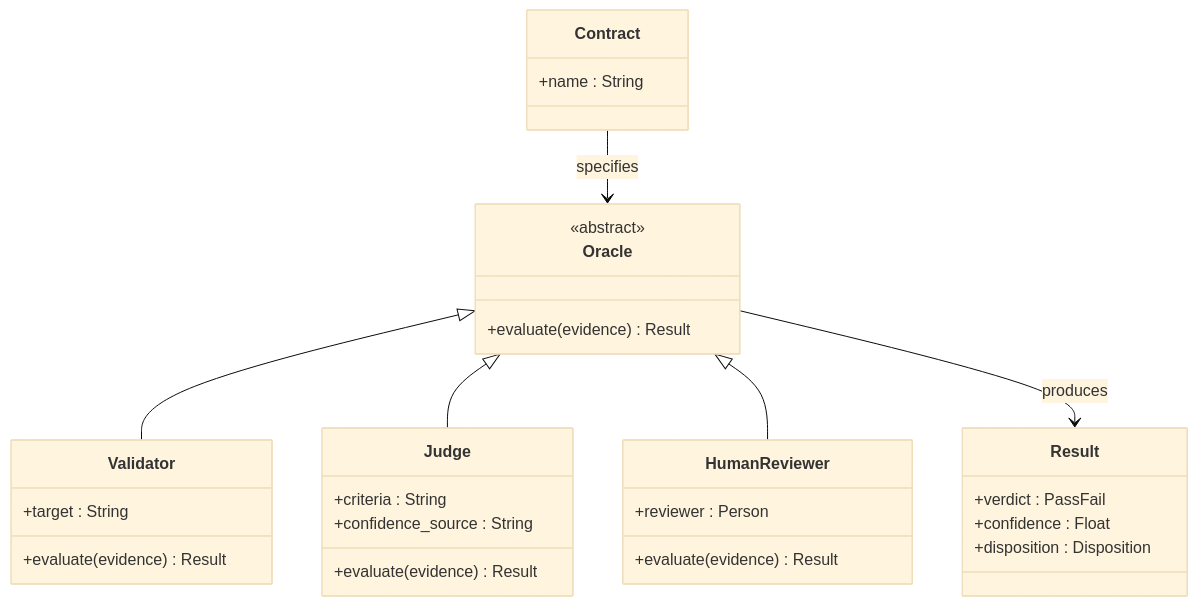
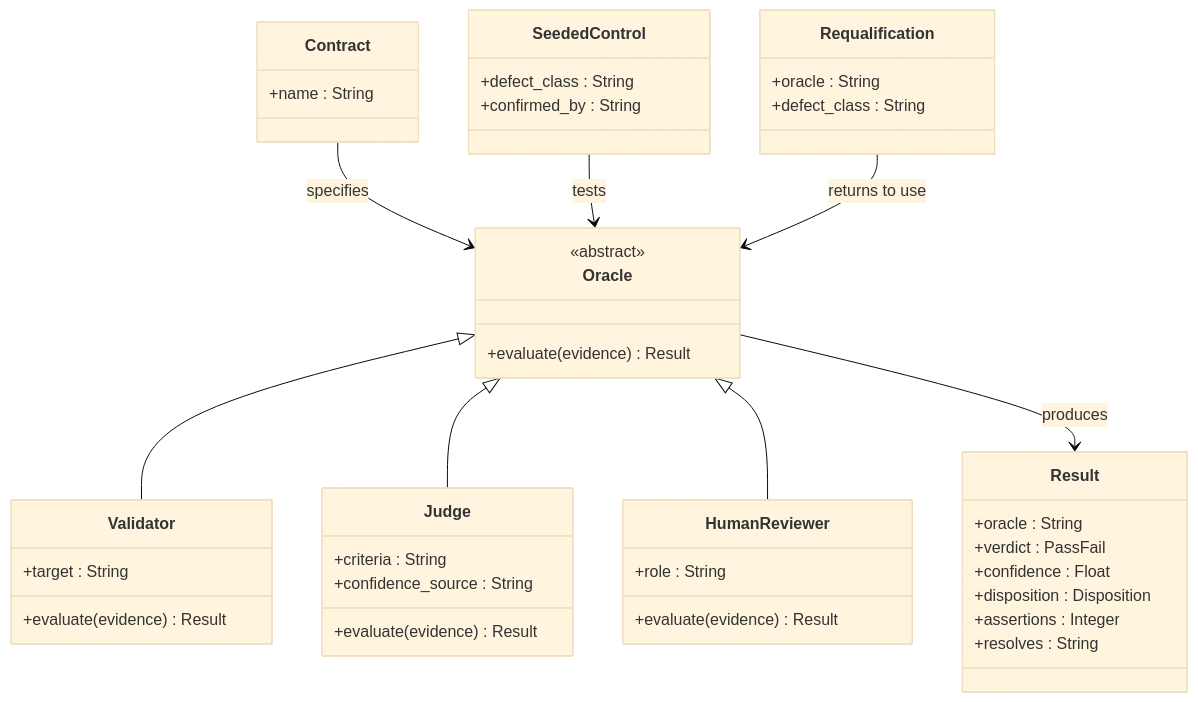
Before and after one commit to igorakymenko-create/AQEF: the second of 8 diagrams in appendices/appendix-e-uml-diagrams.md, drawn with Mermaid (base theme). The commit also changed other lines of this file and 6 other files, not shown here.

````diff
--- a/appendices/appendix-e-uml-diagrams.md
+++ b/appendices/appendix-e-uml-diagrams.md
@@ -56,32 +122,47 @@
 ```mermaid
 classDiagram
     class Oracle {
         <<abstract>>
         +evaluate(evidence) Result
     }
     class Validator {
         +target : String
         +evaluate(evidence) Result
     }
     class Judge {
         +criteria : String
         +confidence_source : String
         +evaluate(evidence) Result
     }
     class HumanReviewer {
-        +reviewer : Person
+        +role : String
         +evaluate(evidence) Result
     }
     class Result {
+        +oracle : String
         +verdict : PassFail
         +confidence : Float
         +disposition : Disposition
+        +assertions : Integer
+        +resolves : String
     }
-    class Contract { +name : String }
+    class Contract {
+        +name : String
+    }
+    class SeededControl {
+        +defect_class : String
+        +confirmed_by : String
+    }
+    class Requalification {
+        +oracle : String
+        +defect_class : String
+    }
 
     Oracle <|-- Validator
     Oracle <|-- Judge
     Oracle <|-- HumanReviewer
     Oracle --> Result : produces
     Contract --> Oracle : specifies
+    SeededControl --> Oracle : tests
+    Requalification --> Oracle : returns to use
 ```
````
